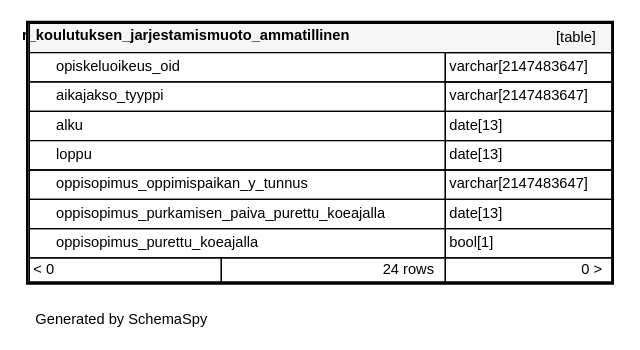
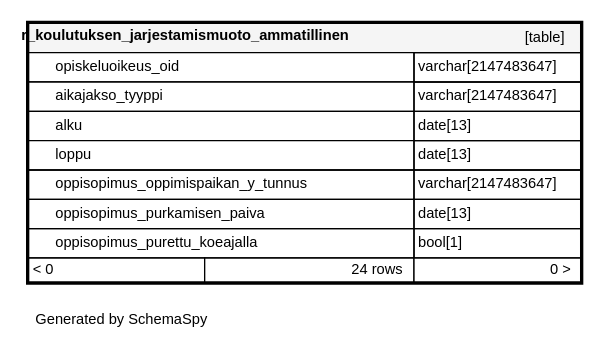
One commit to Opetushallitus/koski changed the diagram in documentation/tietokantaskeemat/koski-raportointikanta/diagrams/tables/r_koulutuksen_jarjestamismuoto__e7f45a0d.1degree.dot. Above: the diagram before and after it, drawn with Graphviz. The commit also changed 100 other files, not shown here.

```diff
--- a/documentation/tietokantaskeemat/koski-raportointikanta/diagrams/tables/r_koulutuksen_jarjestamismuoto__e7f45a0d.1degree.dot
+++ b/documentation/tietokantaskeemat/koski-raportointikanta/diagrams/tables/r_koulutuksen_jarjestamismuoto__e7f45a0d.1degree.dot
@@ -1,20 +1,20 @@
 digraph "oneDegreeRelationshipsDiagram" {
   graph [    rankdir="RL"    bgcolor="#ffffff"    label="\nGenerated by SchemaSpy"    labeljust="l"    nodesep="0.18"    ranksep="0.46"    fontname="Helvetica"    fontsize="11"    ration="compress"  ];  node [    fontname="Helvetica"    fontsize="11"    shape="plaintext"  ];  edge [    arrowsize="0.8"  ];
   "r_koulutuksen_jarjestamismuoto_ammatillinen" [
    label=<
     <TABLE BORDER="2" CELLBORDER="1" CELLSPACING="0" BGCOLOR="#ffffff">
       <TR><TD COLSPAN="4"  BGCOLOR="#f5f5f5"><TABLE BORDER="0" CELLSPACING="0"><TR><TD ALIGN="LEFT" FIXEDSIZE="TRUE" WIDTH="268" HEIGHT="16"><B>r_koulutuksen_jarjestamismuoto_ammatillinen</B></TD><TD ALIGN="RIGHT">[table]</TD></TR></TABLE></TD></TR>
-      <TR><TD PORT="opiskeluoikeus_oid" COLSPAN="2" BGCOLOR="#ffffff" ALIGN="LEFT"><TABLE BORDER="0" CELLSPACING="0" ALIGN="LEFT"><TR ALIGN="LEFT"><TD ALIGN="LEFT" FIXEDSIZE="TRUE" WIDTH="15" HEIGHT="16"></TD><TD ALIGN="LEFT" FIXEDSIZE="TRUE" WIDTH="291" HEIGHT="16">opiskeluoikeus_oid</TD></TR></TABLE></TD><TD PORT="opiskeluoikeus_oid.type" ALIGN="LEFT">varchar[2147483647]</TD></TR>
-      <TR><TD PORT="aikajakso_tyyppi" COLSPAN="2" BGCOLOR="#ffffff" ALIGN="LEFT"><TABLE BORDER="0" CELLSPACING="0" ALIGN="LEFT"><TR ALIGN="LEFT"><TD ALIGN="LEFT" FIXEDSIZE="TRUE" WIDTH="15" HEIGHT="16"></TD><TD ALIGN="LEFT" FIXEDSIZE="TRUE" WIDTH="291" HEIGHT="16">aikajakso_tyyppi</TD></TR></TABLE></TD><TD PORT="aikajakso_tyyppi.type" ALIGN="LEFT">varchar[2147483647]</TD></TR>
-      <TR><TD PORT="alku" COLSPAN="2" BGCOLOR="#ffffff" ALIGN="LEFT"><TABLE BORDER="0" CELLSPACING="0" ALIGN="LEFT"><TR ALIGN="LEFT"><TD ALIGN="LEFT" FIXEDSIZE="TRUE" WIDTH="15" HEIGHT="16"></TD><TD ALIGN="LEFT" FIXEDSIZE="TRUE" WIDTH="291" HEIGHT="16">alku</TD></TR></TABLE></TD><TD PORT="alku.type" ALIGN="LEFT">date[13]</TD></TR>
-      <TR><TD PORT="loppu" COLSPAN="2" BGCOLOR="#ffffff" ALIGN="LEFT"><TABLE BORDER="0" CELLSPACING="0" ALIGN="LEFT"><TR ALIGN="LEFT"><TD ALIGN="LEFT" FIXEDSIZE="TRUE" WIDTH="15" HEIGHT="16"></TD><TD ALIGN="LEFT" FIXEDSIZE="TRUE" WIDTH="291" HEIGHT="16">loppu</TD></TR></TABLE></TD><TD PORT="loppu.type" ALIGN="LEFT">date[13]</TD></TR>
-      <TR><TD PORT="oppisopimus_oppimispaikan_y_tunnus" COLSPAN="2" ALIGN="LEFT"><TABLE BORDER="0" CELLSPACING="0" ALIGN="LEFT"><TR ALIGN="LEFT"><TD ALIGN="LEFT" FIXEDSIZE="TRUE" WIDTH="15" HEIGHT="16"></TD><TD ALIGN="LEFT" FIXEDSIZE="TRUE" WIDTH="291" HEIGHT="16">oppisopimus_oppimispaikan_y_tunnus</TD></TR></TABLE></TD><TD PORT="oppisopimus_oppimispaikan_y_tunnus.type" ALIGN="LEFT">varchar[2147483647]</TD></TR>
-      <TR><TD PORT="oppisopimus_purkamisen_paiva_purettu_koeajalla" COLSPAN="2" ALIGN="LEFT"><TABLE BORDER="0" CELLSPACING="0" ALIGN="LEFT"><TR ALIGN="LEFT"><TD ALIGN="LEFT" FIXEDSIZE="TRUE" WIDTH="15" HEIGHT="16"></TD><TD ALIGN="LEFT" FIXEDSIZE="TRUE" WIDTH="291" HEIGHT="16">oppisopimus_purkamisen_paiva_purettu_koeajalla</TD></TR></TABLE></TD><TD PORT="oppisopimus_purkamisen_paiva_purettu_koeajalla.type" ALIGN="LEFT">date[13]</TD></TR>
-      <TR><TD PORT="oppisopimus_purettu_koeajalla" COLSPAN="2" ALIGN="LEFT"><TABLE BORDER="0" CELLSPACING="0" ALIGN="LEFT"><TR ALIGN="LEFT"><TD ALIGN="LEFT" FIXEDSIZE="TRUE" WIDTH="15" HEIGHT="16"></TD><TD ALIGN="LEFT" FIXEDSIZE="TRUE" WIDTH="291" HEIGHT="16">oppisopimus_purettu_koeajalla</TD></TR></TABLE></TD><TD PORT="oppisopimus_purettu_koeajalla.type" ALIGN="LEFT">bool[1]</TD></TR>
+      <TR><TD PORT="opiskeluoikeus_oid" COLSPAN="2" BGCOLOR="#ffffff" ALIGN="LEFT"><TABLE BORDER="0" CELLSPACING="0" ALIGN="LEFT"><TR ALIGN="LEFT"><TD ALIGN="LEFT" FIXEDSIZE="TRUE" WIDTH="15" HEIGHT="16"></TD><TD ALIGN="LEFT" FIXEDSIZE="TRUE" WIDTH="268" HEIGHT="16">opiskeluoikeus_oid</TD></TR></TABLE></TD><TD PORT="opiskeluoikeus_oid.type" ALIGN="LEFT">varchar[2147483647]</TD></TR>
+      <TR><TD PORT="aikajakso_tyyppi" COLSPAN="2" BGCOLOR="#ffffff" ALIGN="LEFT"><TABLE BORDER="0" CELLSPACING="0" ALIGN="LEFT"><TR ALIGN="LEFT"><TD ALIGN="LEFT" FIXEDSIZE="TRUE" WIDTH="15" HEIGHT="16"></TD><TD ALIGN="LEFT" FIXEDSIZE="TRUE" WIDTH="268" HEIGHT="16">aikajakso_tyyppi</TD></TR></TABLE></TD><TD PORT="aikajakso_tyyppi.type" ALIGN="LEFT">varchar[2147483647]</TD></TR>
+      <TR><TD PORT="alku" COLSPAN="2" BGCOLOR="#ffffff" ALIGN="LEFT"><TABLE BORDER="0" CELLSPACING="0" ALIGN="LEFT"><TR ALIGN="LEFT"><TD ALIGN="LEFT" FIXEDSIZE="TRUE" WIDTH="15" HEIGHT="16"></TD><TD ALIGN="LEFT" FIXEDSIZE="TRUE" WIDTH="268" HEIGHT="16">alku</TD></TR></TABLE></TD><TD PORT="alku.type" ALIGN="LEFT">date[13]</TD></TR>
+      <TR><TD PORT="loppu" COLSPAN="2" BGCOLOR="#ffffff" ALIGN="LEFT"><TABLE BORDER="0" CELLSPACING="0" ALIGN="LEFT"><TR ALIGN="LEFT"><TD ALIGN="LEFT" FIXEDSIZE="TRUE" WIDTH="15" HEIGHT="16"></TD><TD ALIGN="LEFT" FIXEDSIZE="TRUE" WIDTH="268" HEIGHT="16">loppu</TD></TR></TABLE></TD><TD PORT="loppu.type" ALIGN="LEFT">date[13]</TD></TR>
+      <TR><TD PORT="oppisopimus_oppimispaikan_y_tunnus" COLSPAN="2" ALIGN="LEFT"><TABLE BORDER="0" CELLSPACING="0" ALIGN="LEFT"><TR ALIGN="LEFT"><TD ALIGN="LEFT" FIXEDSIZE="TRUE" WIDTH="15" HEIGHT="16"></TD><TD ALIGN="LEFT" FIXEDSIZE="TRUE" WIDTH="268" HEIGHT="16">oppisopimus_oppimispaikan_y_tunnus</TD></TR></TABLE></TD><TD PORT="oppisopimus_oppimispaikan_y_tunnus.type" ALIGN="LEFT">varchar[2147483647]</TD></TR>
+      <TR><TD PORT="oppisopimus_purkamisen_paiva" COLSPAN="2" ALIGN="LEFT"><TABLE BORDER="0" CELLSPACING="0" ALIGN="LEFT"><TR ALIGN="LEFT"><TD ALIGN="LEFT" FIXEDSIZE="TRUE" WIDTH="15" HEIGHT="16"></TD><TD ALIGN="LEFT" FIXEDSIZE="TRUE" WIDTH="268" HEIGHT="16">oppisopimus_purkamisen_paiva</TD></TR></TABLE></TD><TD PORT="oppisopimus_purkamisen_paiva.type" ALIGN="LEFT">date[13]</TD></TR>
+      <TR><TD PORT="oppisopimus_purettu_koeajalla" COLSPAN="2" ALIGN="LEFT"><TABLE BORDER="0" CELLSPACING="0" ALIGN="LEFT"><TR ALIGN="LEFT"><TD ALIGN="LEFT" FIXEDSIZE="TRUE" WIDTH="15" HEIGHT="16"></TD><TD ALIGN="LEFT" FIXEDSIZE="TRUE" WIDTH="268" HEIGHT="16">oppisopimus_purettu_koeajalla</TD></TR></TABLE></TD><TD PORT="oppisopimus_purettu_koeajalla.type" ALIGN="LEFT">bool[1]</TD></TR>
       <TR><TD ALIGN="LEFT" BGCOLOR="#ffffff">&lt; 0</TD><TD ALIGN="RIGHT" BGCOLOR="#ffffff">24 rows</TD><TD ALIGN="RIGHT" BGCOLOR="#ffffff">0 &gt;</TD></TR>
     </TABLE>>
     URL="../../tables/r_koulutuksen_jarjestamismuoto__e7f45a0d.html"
     target="_top"
     tooltip="r_koulutuksen_jarjestamismuoto_ammatillinen"
   ];
 }
```
